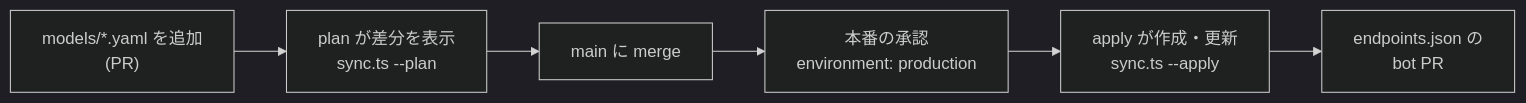
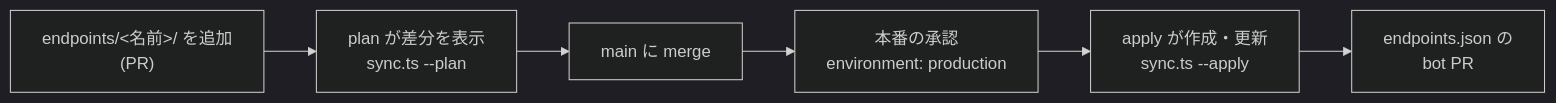
The first of 5 diagrams in README.md (YuSa0-6/loorel), drawn with Mermaid (dark theme) before and after one commit. The commit also changed other lines of this file and 32 other files, not shown here.

````diff
--- a/README.md
+++ b/README.md
@@ -66,8 +71,8 @@
 ```mermaid
 flowchart LR
-  A["models/*.yaml を追加<br>(PR)"] --> B["plan が差分を表示<br>sync.ts --plan"]
+  A["endpoints/&lt;名前&gt;/ を追加<br>(PR)"] --> B["plan が差分を表示<br>sync.ts --plan"]
   B --> C["main に merge"]
   C --> D["本番の承認<br>environment: production"]
   D --> E["apply が作成・更新<br>sync.ts --apply"]
   E --> F["endpoints.json の<br>bot PR"]
 ```
````
